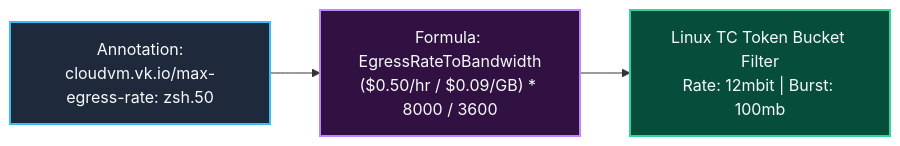
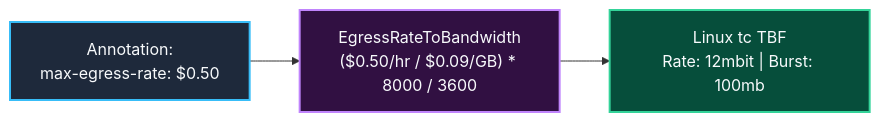
Before and after one commit to simonepri/interlink-cloudvm-plugin: the fifth of 8 diagrams in readme.md, drawn with Mermaid. The commit also changed other lines of this file, not shown here.

````diff
--- a/readme.md
+++ b/readme.md
@@ -197,13 +175,13 @@
 ```mermaid
 flowchart LR
     classDef user fill:#1E293B,stroke:#38BDF8,stroke-width:2px,color:#F8FAFC
     classDef calc fill:#311042,stroke:#C084FC,stroke-width:2px,color:#F8FAFC
     classDef tc fill:#064E3B,stroke:#34D399,stroke-width:2px,color:#F8FAFC
 
     Ann["Annotation:
-cloudvm.vk.io/max-egress-rate: zsh.50"]:::user
-    --> Calc["Formula: EgressRateToBandwidth
+max-egress-rate: $0.50"]:::user
+    --> Calc["EgressRateToBandwidth
 ($0.50/hr / $0.09/GB) * 8000 / 3600"]:::calc
-    --> TC["Linux TC Token Bucket Filter
+    --> TC["Linux tc TBF
 Rate: 12mbit | Burst: 100mb"]:::tc
 ```
````
